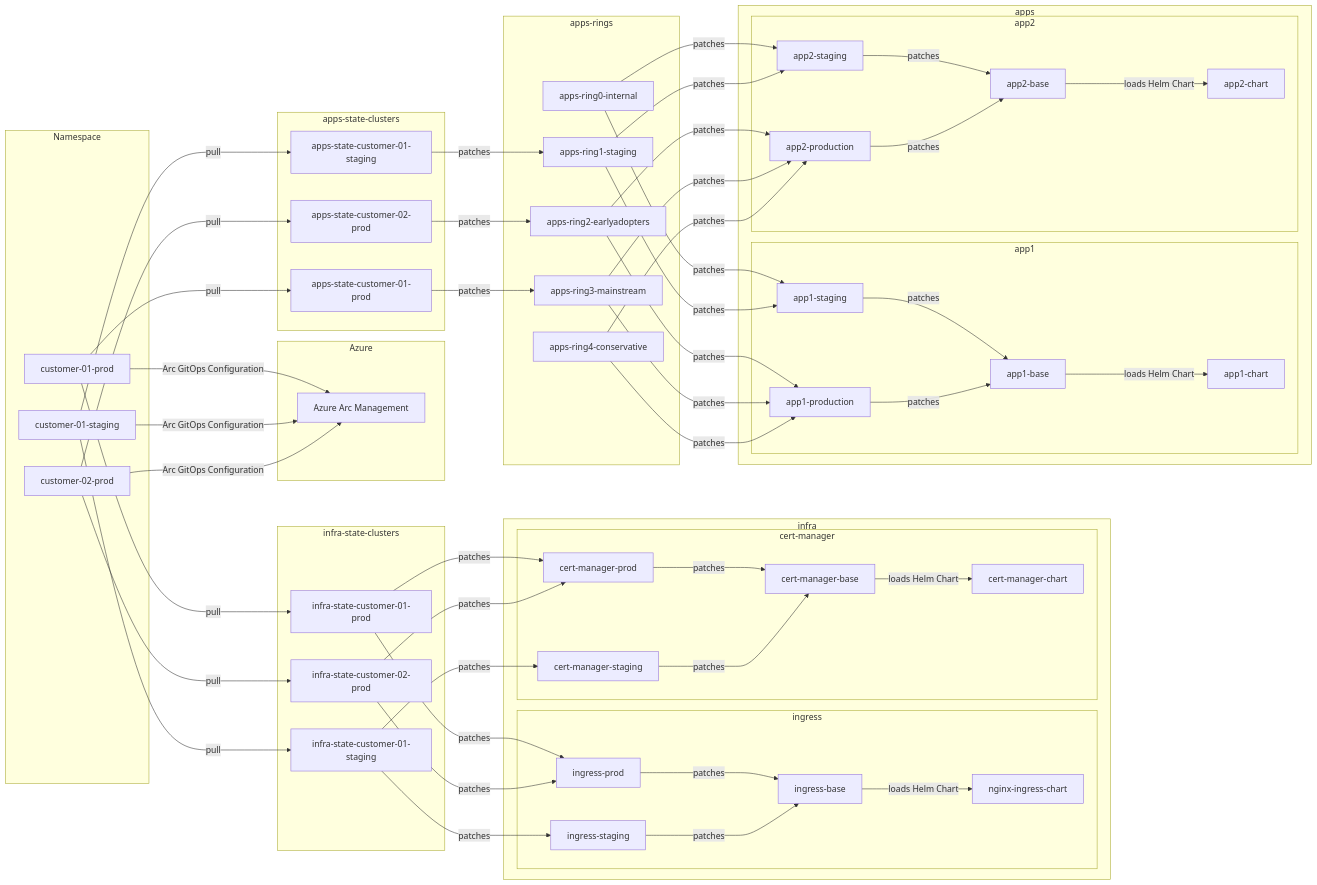
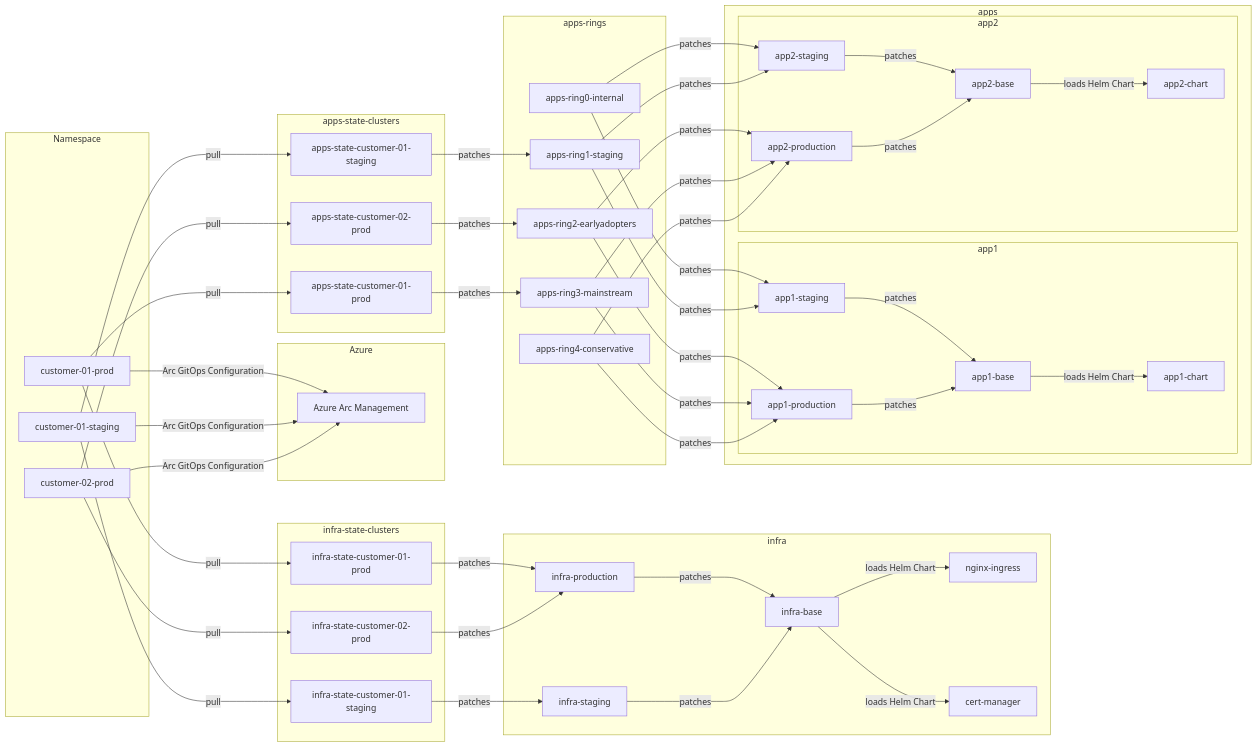
The diagram in README.md (tkubica12/gitops-flux-arc), drawn with Mermaid before and after one commit. The commit also changed 4 other files, not shown here.

```diff
--- a/README.md
+++ b/README.md
@@ -33,16 +33,10 @@
     end
 
     subgraph infra
-        subgraph ingress
-            ingress-prod -->|patches| ingress-base
-            ingress-staging -->|patches| ingress-base
-            ingress-base -->|loads Helm Chart| nginx-ingress-chart
-        end 
-        subgraph cert-manager
-            cert-manager-prod -->|patches| cert-manager-base
-            cert-manager-staging -->|patches| cert-manager-base
-            cert-manager-base -->|loads Helm Chart| cert-manager-chart
-        end
+        infra-production -->|patches| infra-base
+        infra-staging -->|patches| infra-base
+        infra-base -->|loads Helm Chart| nginx-ingress
+        infra-base -->|loads Helm Chart| cert-manager
     end
 
     subgraph apps
@@ -70,12 +64,9 @@
     apps-state-customer-01-staging -->|patches| apps-ring1-staging
     apps-state-customer-02-prod -->|patches| apps-ring2-earlyadopters
 
-    infra-state-customer-01-prod -->|patches| ingress-prod
-    infra-state-customer-01-prod -->|patches| cert-manager-prod
-    infra-state-customer-01-staging -->|patches| ingress-staging
-    infra-state-customer-01-staging -->|patches| cert-manager-staging
-    infra-state-customer-02-prod -->|patches| ingress-prod
-    infra-state-customer-02-prod -->|patches| cert-manager-prod
+    infra-state-customer-01-prod -->|patches| infra-production
+    infra-state-customer-01-staging -->|patches| infra-staging
+    infra-state-customer-02-prod -->|patches| infra-production
 
     apps-ring0-internal -->|patches| app1-staging
     apps-ring1-staging -->|patches| app1-staging
```
